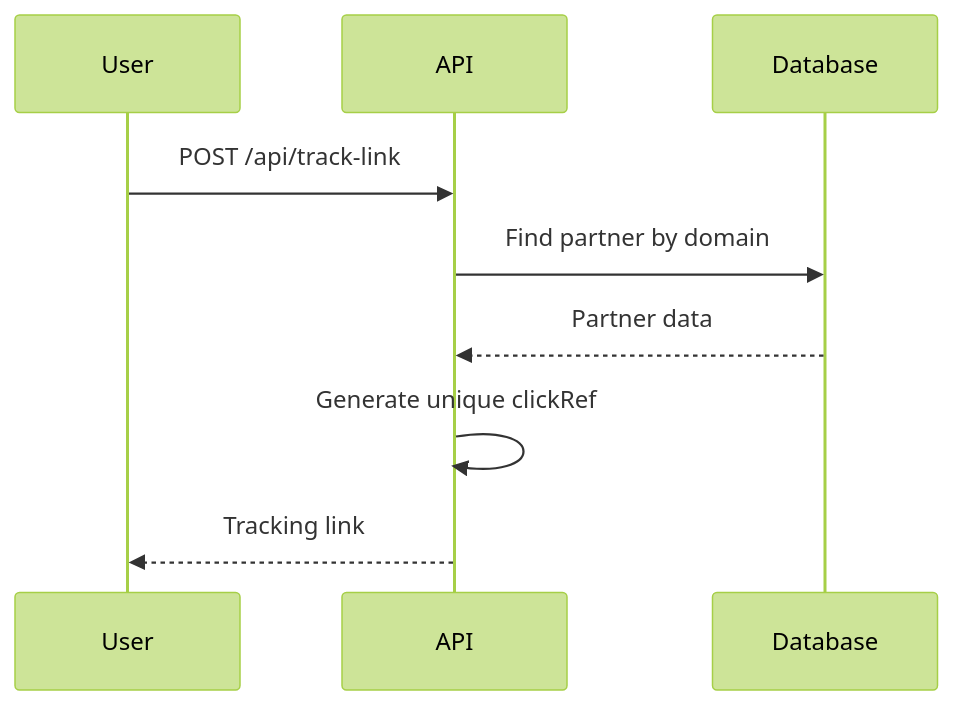
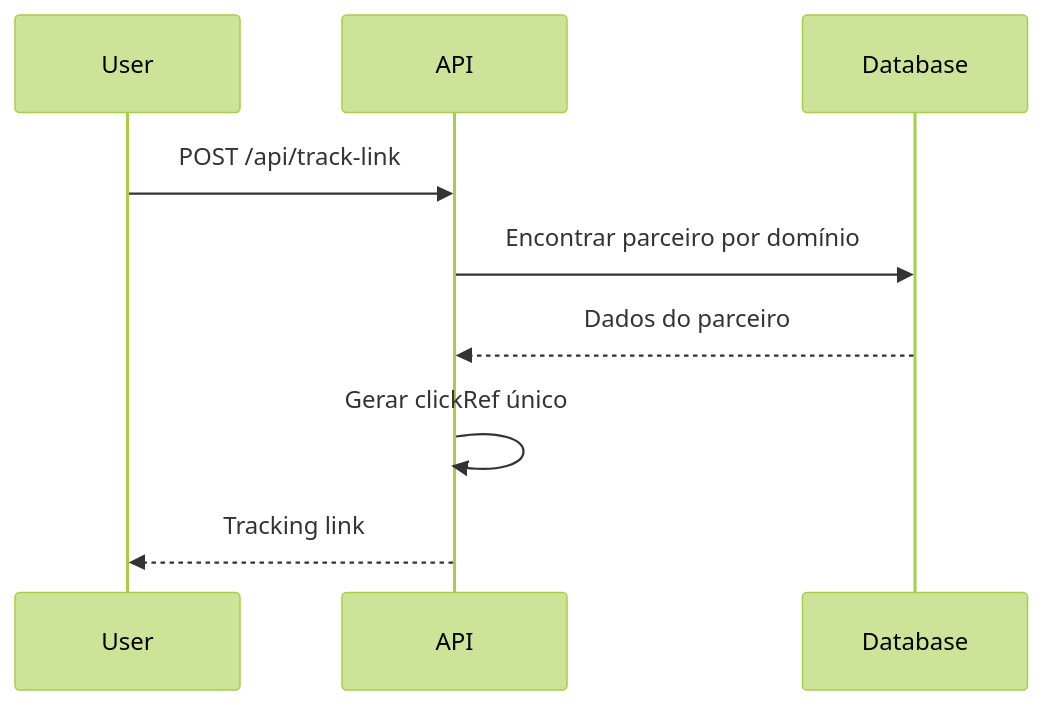
One commit to ArturGuarnieri/back-2-fan changed the first of 2 diagrams in api-back2fan/README.md. Above: the diagram before and after it, drawn with Mermaid (forest theme). The commit also changed other lines of this file, not shown here.

````diff
--- a/api-back2fan/README.md
+++ b/api-back2fan/README.md
@@ -544,12 +525,12 @@
 ```mermaid
 sequenceDiagram
     participant U as User
     participant A as API
     participant D as Database
     
     U->>A: POST /api/track-link
-    A->>D: Find partner by domain
-    D-->>A: Partner data
-    A->>A: Generate unique clickRef
+    A->>D: Encontrar parceiro por domínio
+    D-->>A: Dados do parceiro
+    A->>A: Gerar clickRef único
     A-->>U: Tracking link
 ```
````
